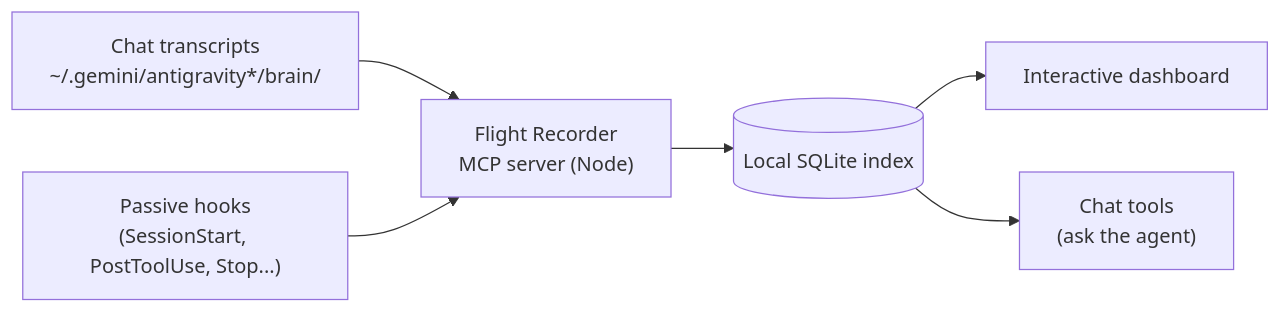
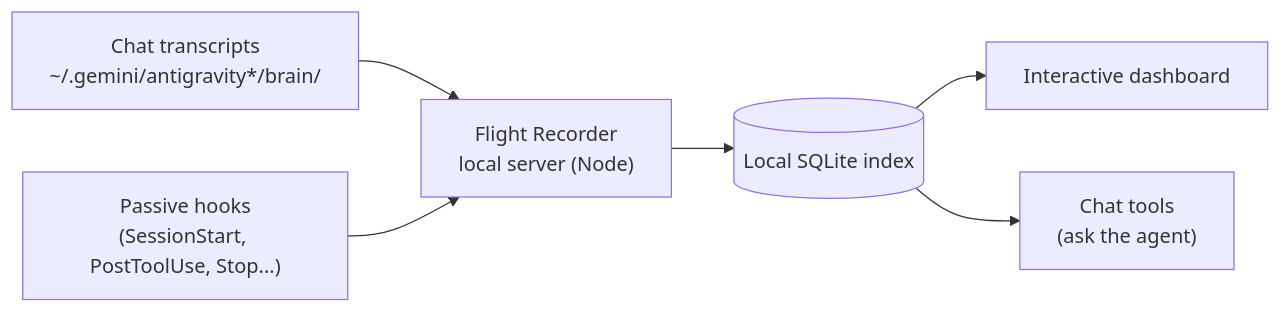
The diagram in README.md (fmedery/antigravity-plugin-flight-recorder), drawn with Mermaid before and after one commit. The commit also changed other lines of this file and 25 other files, not shown here.

````diff
--- a/README.md
+++ b/README.md
@@ -15,8 +188,8 @@
 ```mermaid
 flowchart LR
-    T["Chat transcripts<br/>~/.gemini/antigravity*/brain/"] --> S["Flight Recorder<br/>MCP server (Node)"]
+    T["Chat transcripts<br/>~/.gemini/antigravity*/brain/"] --> S["Flight Recorder<br/>local server (Node)"]
     H["Passive hooks<br/>(SessionStart, PostToolUse, Stop...)"] --> S
     S --> DB[("Local SQLite index")]
     DB --> UI["Interactive dashboard"]
     DB --> C["Chat tools<br/>(ask the agent)"]
 ```
````
